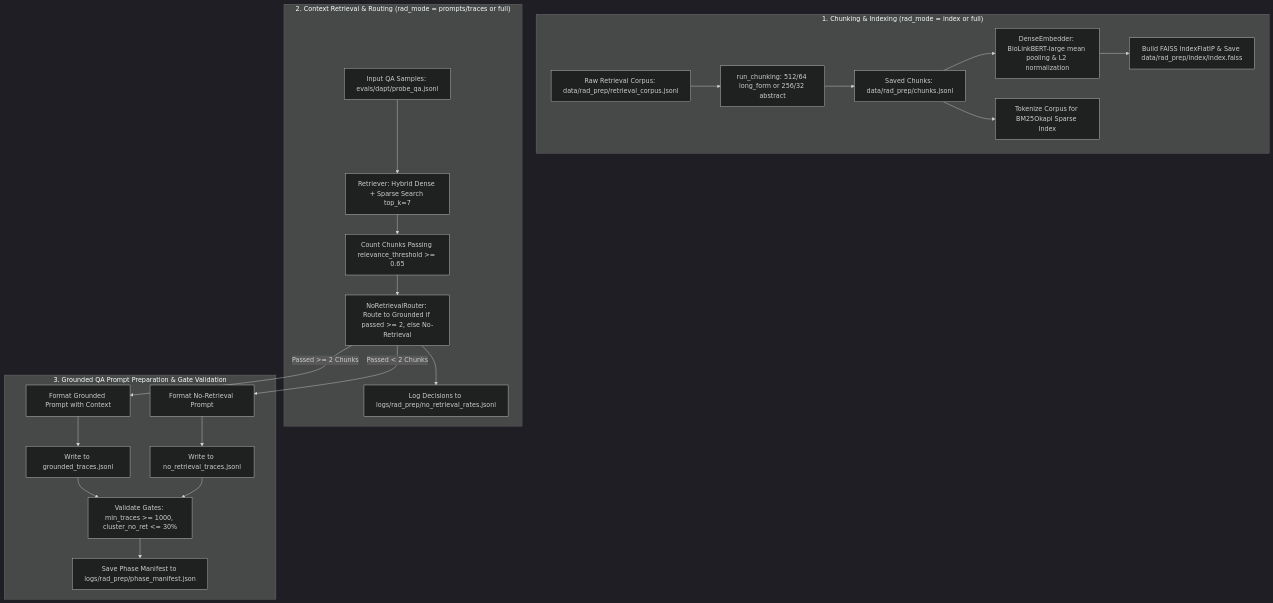
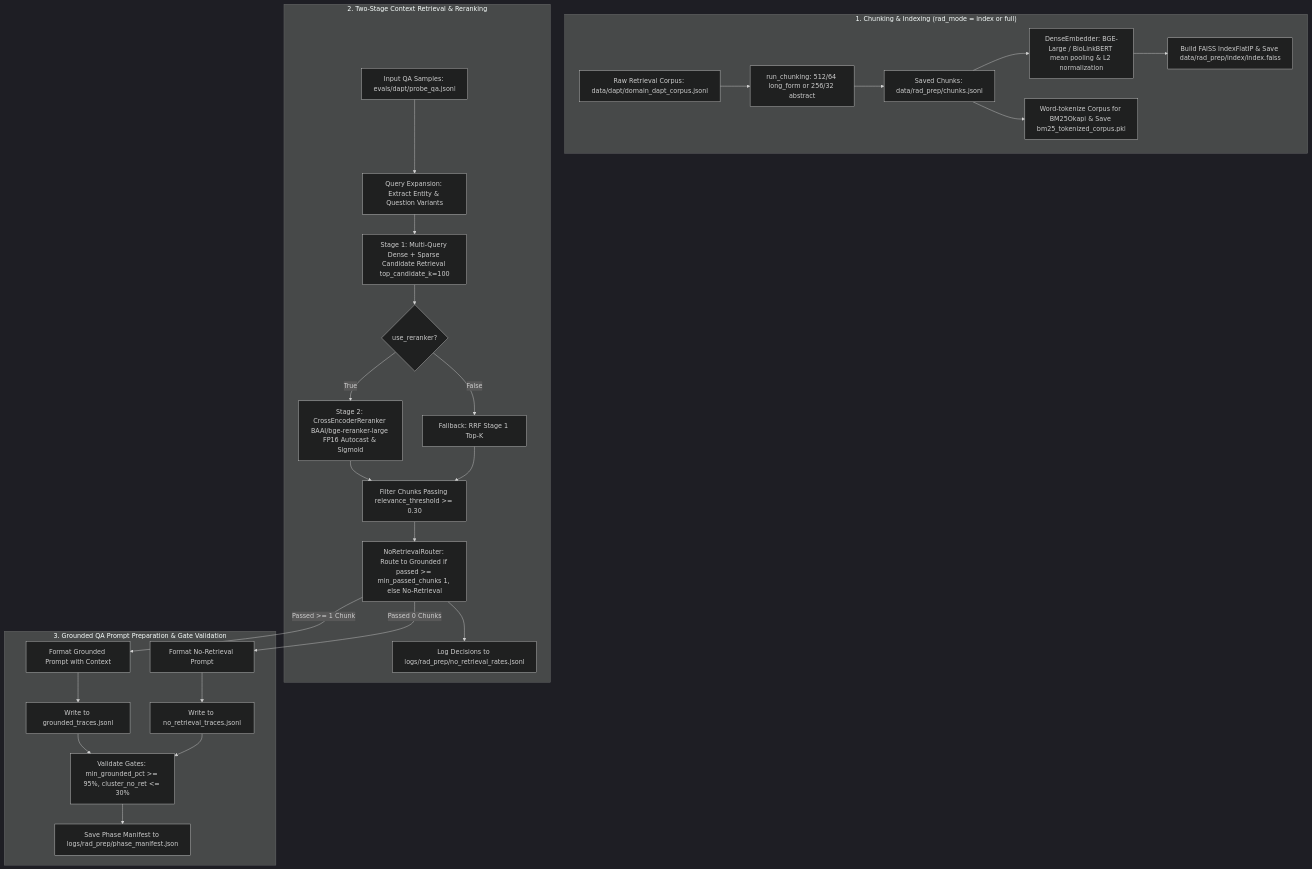
The diagram in docs/S4_RAD_PREP.md (cogitoslabs/Semantics-Layer), drawn with Mermaid (dark theme) before and after one commit. The commit also changed other lines of this file and 16 other files, not shown here.

Commit message:
refactoring of s4_rad_prep

````diff
--- a/docs/S4_RAD_PREP.md
+++ b/docs/S4_RAD_PREP.md
@@ -98,26 +116,30 @@
 ```mermaid
 flowchart TD
     subgraph Phase1["1. Chunking & Indexing (rad_mode = index or full)"]
-        A[Raw Retrieval Corpus: data/rad_prep/retrieval_corpus.jsonl] --> B[run_chunking: 512/64 long_form or 256/32 abstract]
+        A[Raw Retrieval Corpus: data/dapt/domain_dapt_corpus.jsonl] --> B[run_chunking: 512/64 long_form or 256/32 abstract]
         B --> C[Saved Chunks: data/rad_prep/chunks.jsonl]
-        C --> D[DenseEmbedder: BioLinkBERT-large mean pooling & L2 normalization]
+        C --> D[DenseEmbedder: BGE-Large / BioLinkBERT mean pooling & L2 normalization]
         D --> E[Build FAISS IndexFlatIP & Save data/rad_prep/index/index.faiss]
-        C --> F[Tokenize Corpus for BM25Okapi Sparse Index]
+        C --> F[Word-tokenize Corpus for BM25Okapi & Save bm25_tokenized_corpus.pkl]
     end
 
-    subgraph Phase2["2. Context Retrieval & Routing (rad_mode = prompts/traces or full)"]
-        G[Input QA Samples: evals/dapt/probe_qa.jsonl] --> H[Retriever: Hybrid Dense + Sparse Search top_k=7]
-        H --> I[Count Chunks Passing relevance_threshold >= 0.65]
-        I --> J[NoRetrievalRouter: Route to Grounded if passed >= 2, else No-Retrieval]
-        J --> K[Log Decisions to logs/rad_prep/no_retrieval_rates.jsonl]
+    subgraph Phase2["2. Two-Stage Context Retrieval & Reranking"]
+        G[Input QA Samples: evals/dapt/probe_qa.jsonl] --> G2[Query Expansion: Extract Entity & Question Variants]
+        G2 --> H[Stage 1: Multi-Query Dense + Sparse Candidate Retrieval top_candidate_k=100]
+        H --> I{use_reranker?}
+        I -->|True| J[Stage 2: CrossEncoderReranker BAAI/bge-reranker-large FP16 Autocast & Sigmoid]
+        I -->|False| K[Fallback: RRF Stage 1 Top-K]
+        J & K --> L[Filter Chunks Passing relevance_threshold >= 0.30]
+        L --> M[NoRetrievalRouter: Route to Grounded if passed >= min_passed_chunks 1, else No-Retrieval]
+        M --> N[Log Decisions to logs/rad_prep/no_retrieval_rates.jsonl]
     end
 
     subgraph Phase3["3. Grounded QA Prompt Preparation & Gate Validation"]
-        J -->|Passed >= 2 Chunks| L[Format Grounded Prompt with Context]
-        J -->|Passed < 2 Chunks| M[Format No-Retrieval Prompt]
-        L --> N[Write to grounded_traces.jsonl]
-        M --> O[Write to no_retrieval_traces.jsonl]
-        N & O --> P[Validate Gates: min_traces >= 1000, cluster_no_ret <= 30%]
-        P --> Q[Save Phase Manifest to logs/rad_prep/phase_manifest.json]
+        M -->|Passed >= 1 Chunk| O[Format Grounded Prompt with Context]
+        M -->|Passed 0 Chunks| P[Format No-Retrieval Prompt]
+        O --> Q[Write to grounded_traces.jsonl]
+        P --> R[Write to no_retrieval_traces.jsonl]
+        Q & R --> S[Validate Gates: min_grounded_pct >= 95%, cluster_no_ret <= 30%]
+        S --> T[Save Phase Manifest to logs/rad_prep/phase_manifest.json]
     end
 ```
````
